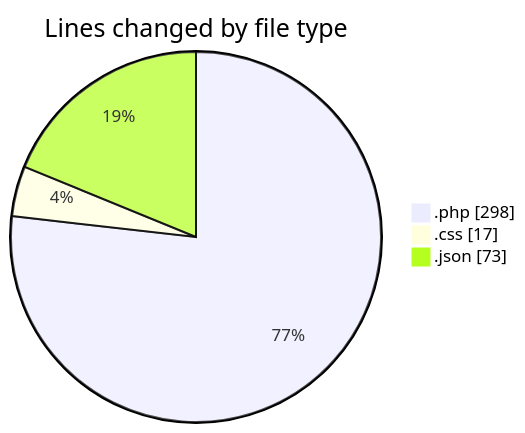
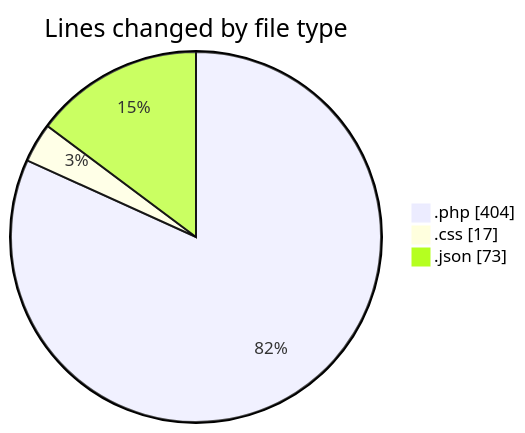
The first of 2 diagrams in 2026-03-20/newspaper-child/README.md (momahboobian/code-tracking), drawn with Mermaid before and after one commit. The commit also changed other lines of this file and 1 other file, not shown here.

````diff
--- a/2026-03-20/newspaper-child/README.md
+++ b/2026-03-20/newspaper-child/README.md
@@ -25,7 +30,7 @@
 ```mermaid
 pie showData
 title Lines changed by file type
-".php" : 298
+".php" : 404
 ".css" : 17
 ".json" : 73
 ```
````
